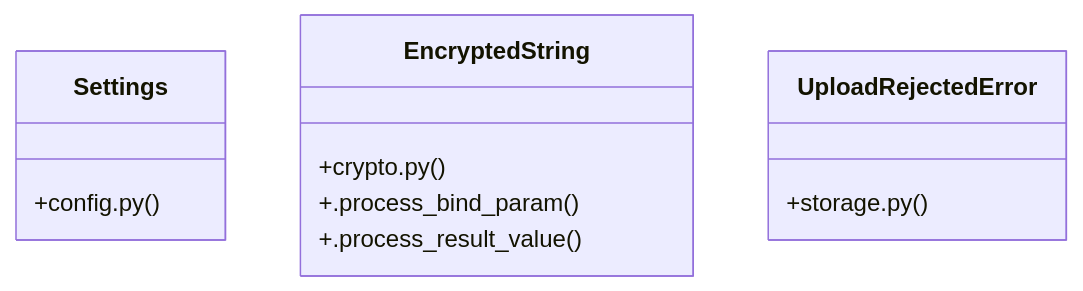
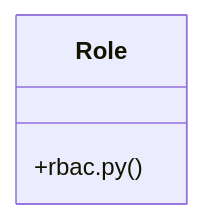
One commit to adjanayo/synca_conf_back changed the diagram in graphify-out/wiki/[get_settings()_&_upload_file()]_Cluster.md. Above: the diagram before and after it, drawn with Mermaid. The commit also changed other lines of this file and 37 other files, not shown here.

Commit message:
chore: update graphify knowledge graph

````diff
--- a/graphify-out/wiki/[get_settings()_&_upload_file()]_Cluster.md
+++ b/graphify-out/wiki/[get_settings()_&_upload_file()]_Cluster.md
@@ -36,14 +36,6 @@
 ```mermaid
 classDiagram
-    class Settings {
-        +config.py()
-    }
-    class EncryptedString {
-        +crypto.py()
-        +.process_bind_param()
-        +.process_result_value()
-    }
-    class UploadRejectedError {
-        +storage.py()
+    class Role {
+        +rbac.py()
     }
 ```
````
